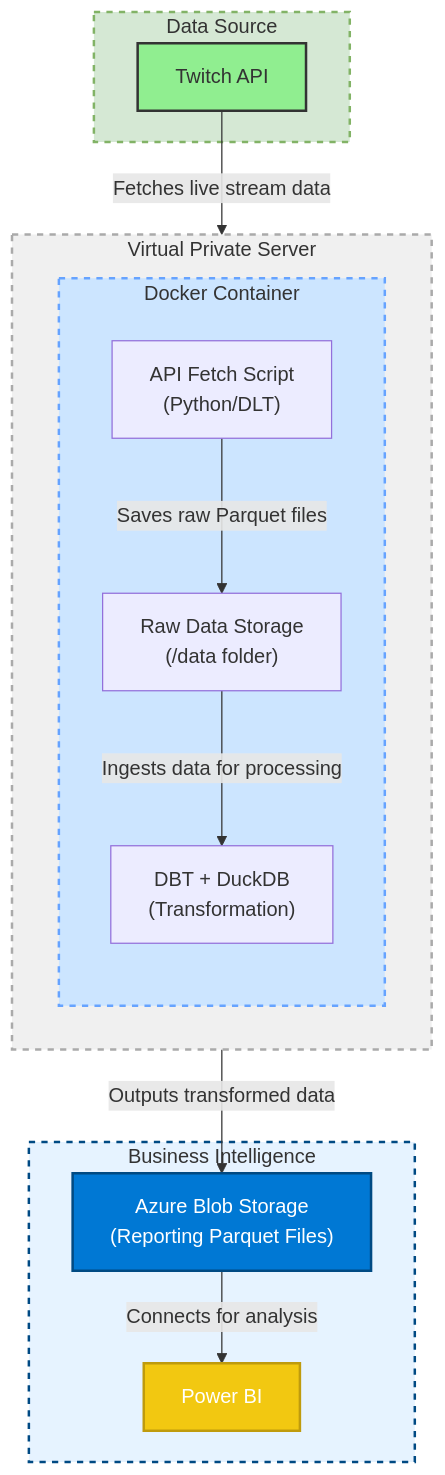
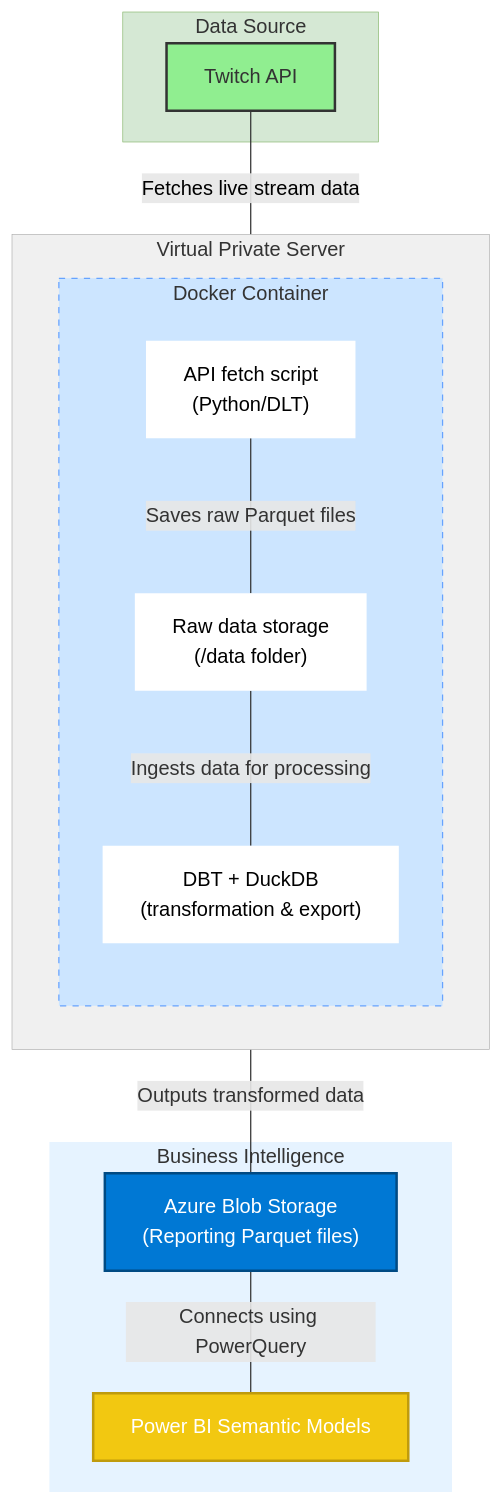
The second of 2 diagrams in README.md (gabriellegall/twitch_bi), drawn with Mermaid before and after one commit. The commit also changed other lines of this file, not shown here.

````diff
--- a/README.md
+++ b/README.md
@@ -3,40 +61,43 @@
 ```mermaid
 graph TD;
     %% Subgraph Definitions
-    subgraph DS ["Data Source"]
-        A[Twitch API]
+    subgraph BI ["Business Intelligence"]
+        F[Power BI Semantic Models]
+        E["Azure Blob Storage<br>(Reporting Parquet files)"]
     end
 
     subgraph VPS [Virtual Private Server]
         direction LR
         subgraph DockerContainer [Docker Container]
             direction TB
-            B["API Fetch Script<br>(Python/DLT)"]
-            C["Raw Data Storage<br>(/data folder)"]
-            D["DBT + DuckDB<br>(Transformation)"]
+            D["DBT + DuckDB<br>(transformation & export)"]
+            C["Raw data storage<br>(/data folder)"]
+            B["API fetch script<br>(Python/DLT)"]
         end
     end
 
-    subgraph BI ["Business Intelligence"]
-        E["Azure Blob Storage<br>(Reporting Parquet Files)"]
-        F[Power BI]
+    subgraph DS ["Data Source"]
+        A[Twitch API]
     end
 
-    %% Data Flow
-    A -- Fetches live stream data --> B
-    B -- Saves raw Parquet files --> C
-    C -- Ingests data for processing --> D
-    D -- Outputs transformed data --> E
-    E -- Connects for analysis --> F
+    %% Data Flow using non-directional links
+    E ---|"Connects using PowerQuery"| F
+    D -- Outputs transformed data --- E
+    C -- Ingests data for processing --- D
+    B -- Saves raw Parquet files --- C
+    A -- Fetches live stream data --- B
 
     %% Styling for Nodes
     style A fill:#90ee90,stroke:#333,stroke-width:2px
     style E fill:#0078D4,stroke:#004A83,stroke-width:2px,color:#fff
     style F fill:#F2C811,stroke:#BF9B0D,stroke-width:2px,color:#fff
 
-    %% Styling for Subgraph Backgrounds
-    style DS fill:#D5E8D4,stroke:#82B366,stroke-width:2px,stroke-dasharray:5 5
-    style VPS fill:#f0f0f0,stroke:#aaa,stroke-width:2px,stroke-dasharray:5 5
-    style DockerContainer fill:#cce5ff,stroke:#66a3ff,stroke-width:2px,stroke-dasharray:5 5
-    style BI fill:#E6F3FF,stroke:#004A83,stroke-width:2px,stroke-dasharray:5 5
+	style VPS fill:#f0f0f0,stroke:#aaa,stroke-width:0.5px
+	style DS fill:#D5E8D4,stroke:#82B366,stroke-width:0.5px
+	linkStyle 4 color:#000000
+	style B fill:#FFFFFF,color:#000000,stroke:#FFFFFF,stroke-width:0px
+	style C color:#000000,stroke-width:0px,fill:#FFFFFF
+	style D color:#000000,fill:#FFFFFF,stroke-width:0px
+	style DockerContainer fill:#cce5ff,stroke:#66a3ff,stroke-width:1px,stroke-dasharray:5 5
+	style BI fill:#E6F3FF,stroke:#004A83,stroke-width:0px
 ```
````
